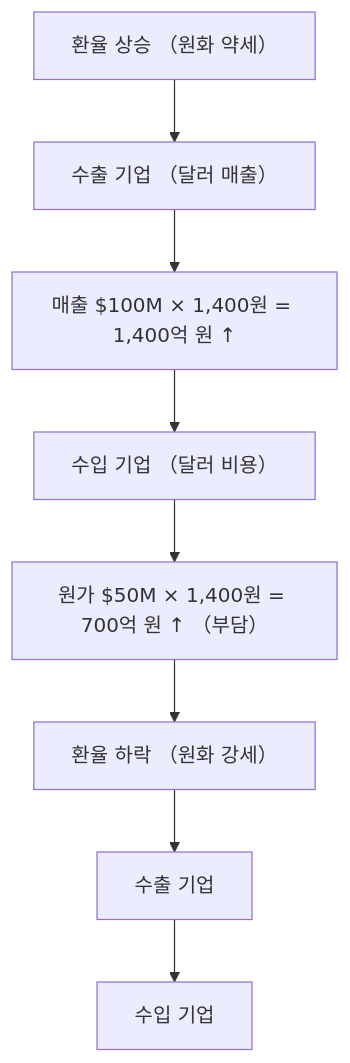
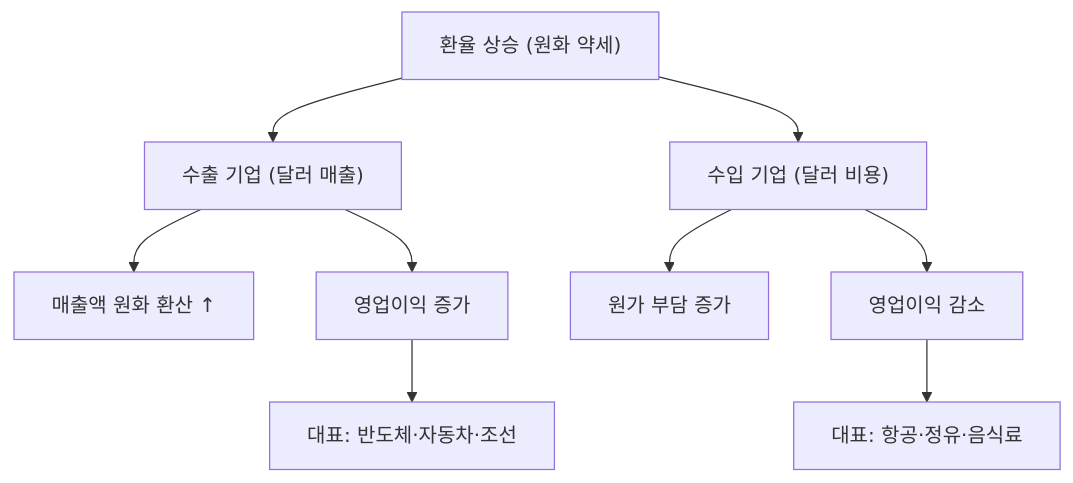
The diagram in content/stock-terms/ko/level-09-strategy-risk/exchange-rate-beneficiary.md (yeongseon/stock-visual-note), drawn with Mermaid before and after one commit. The commit also changed other lines of this file and 96 other files, not shown here.

Commit message:
Rewrite all 98 remaining articles: branching Mermaid diagrams, natural search_intent, compelling seo_titles, clean descriptions

````diff
--- a/content/stock-terms/ko/level-09-strategy-risk/exchange-rate-beneficiary.md
+++ b/content/stock-terms/ko/level-09-strategy-risk/exchange-rate-beneficiary.md
@@ -42,18 +42,12 @@
 ```mermaid
 graph TD
-    A0["환율 상승 （원화 약세）"]
-    A1["수출 기업 （달러 매출）"]
-    A2["매출 $100M × 1,400원 = 1,400억 원 ↑"]
-    A3["수입 기업 （달러 비용）"]
-    A4["원가 $50M × 1,400원 = 700억 원 ↑ （부담）"]
-    A5["환율 하락 （원화 강세）"]
-    A6["수출 기업"]
-    A7["수입 기업"]
-    A0 --> A1
-    A1 --> A2
-    A2 --> A3
-    A3 --> A4
-    A4 --> A5
-    A5 --> A6
-    A6 --> A7
+    A["환율 상승 (원화 약세)"]
+    A --> B["수출 기업 (달러 매출)"]
+    A --> C["수입 기업 (달러 비용)"]
+    B --> B1["매출액 원화 환산 ↑"]
+    B --> B2["영업이익 증가"]
+    C --> C1["원가 부담 증가"]
+    C --> C2["영업이익 감소"]
+    B2 --> D["대표: 반도체·자동차·조선"]
+    C2 --> E["대표: 항공·정유·음식료"]
 ```
````
